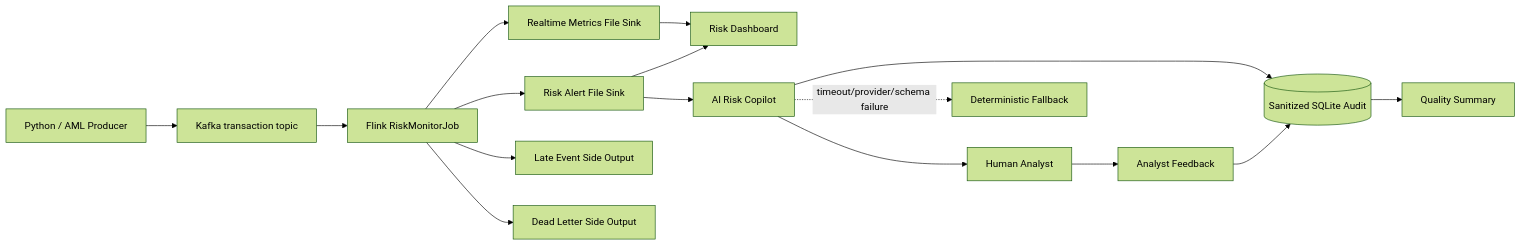
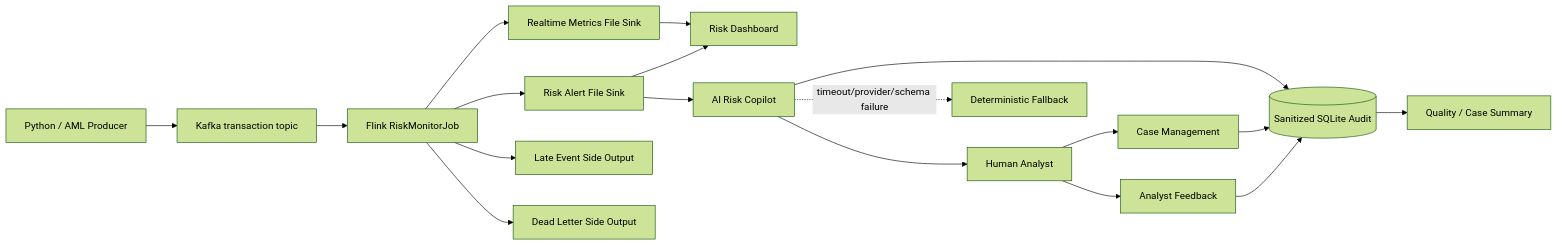
The diagram in docs/ARCHITECTURE.md (plutoczm/finguard-realtime-risk-monitor), drawn with Mermaid (forest theme) before and after one commit. The commit also changed other lines of this file and 10 other files, not shown here.

Commit message:
feat: add analyst case management workflow

````diff
--- a/docs/ARCHITECTURE.md
+++ b/docs/ARCHITECTURE.md
@@ -14,18 +15,20 @@
 ```mermaid
 flowchart LR
     P[Python / AML Producer] --> K[Kafka transaction topic]
     K --> F[Flink RiskMonitorJob]
     F --> M[Realtime Metrics File Sink]
     F --> A[Risk Alert File Sink]
     F --> L[Late Event Side Output]
     F --> D[Dead Letter Side Output]
     M --> UI[Risk Dashboard]
     A --> UI
     A --> AI[AI Risk Copilot]
     AI --> H[Human Analyst]
+    AI --> S[(Sanitized SQLite Audit)]
+    H --> C[Case Management]
+    C --> S
     H --> FBK[Analyst Feedback]
-    AI --> S[(Sanitized SQLite Audit)]
     FBK --> S
-    S --> Q[Quality Summary]
+    S --> Q[Quality / Case Summary]
     AI -. timeout/provider/schema failure .-> FB[Deterministic Fallback]
 ```
````
